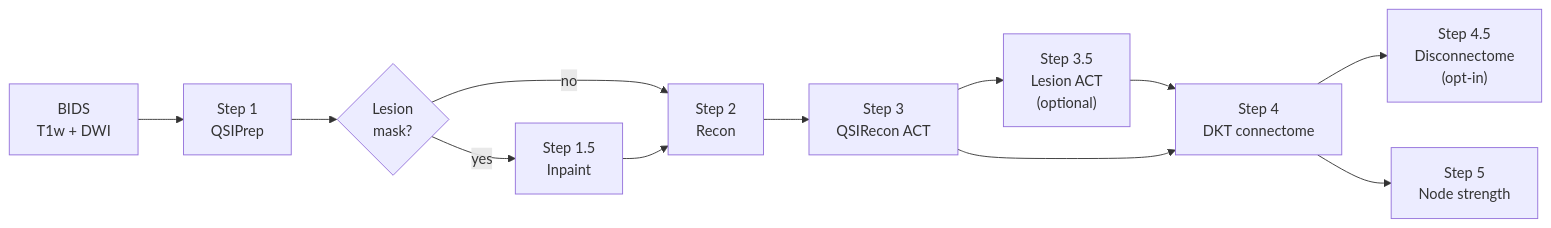
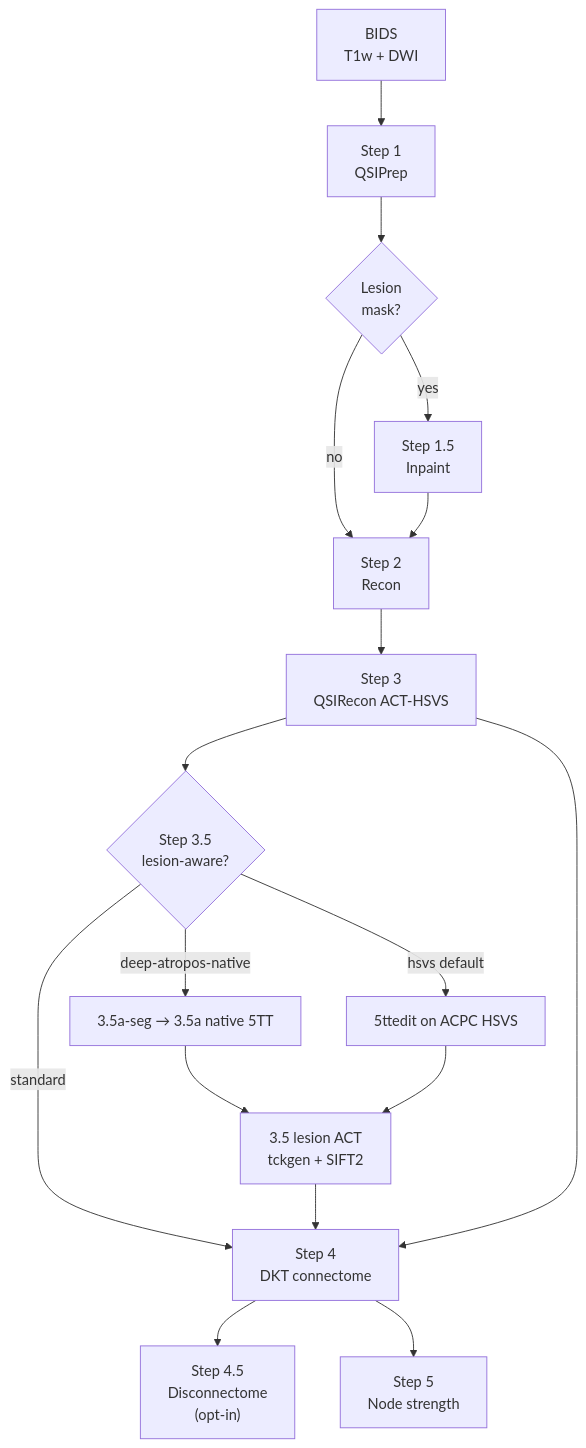
Before and after one commit to phindagijimana/dkt_connectome: the diagram in dwi_pipeline/README.md, drawn with Mermaid. The commit also changed other lines of this file and 49 other files, not shown here.

First line of the commit message:
Harden ACT reproducibility and expand public Deep Atropos docs.

````diff
--- a/dwi_pipeline/README.md
+++ b/dwi_pipeline/README.md
@@ -12,14 +12,19 @@
 ```mermaid
-flowchart LR
+flowchart TB
   BIDS["BIDS\nT1w + DWI"] --> S1["Step 1\nQSIPrep"]
   S1 --> S15{"Lesion\nmask?"}
   S15 -->|yes| INP["Step 1.5\nInpaint"]
   S15 -->|no| S2["Step 2\nRecon"]
   INP --> S2
-  S2 --> S3["Step 3\nQSIRecon ACT"]
-  S3 --> S35["Step 3.5\nLesion ACT\n(optional)"]
-  S35 --> S4["Step 4\nDKT connectome"]
+  S2 --> S3["Step 3\nQSIRecon ACT-HSVS"]
+  S3 --> S35{"Step 3.5\nlesion-aware?"}
+  S35 -->|hsvs default| S35H["5ttedit on ACPC HSVS"]
+  S35 -->|deep-atropos-native| S35S["3.5a-seg → 3.5a native 5TT"]
+  S35S --> S35E["3.5 lesion ACT\ntckgen + SIFT2"]
+  S35H --> S35E
+  S35 -->|standard| S4
+  S35E --> S4["Step 4\nDKT connectome"]
   S3 --> S4
   S4 --> S45["Step 4.5\nDisconnectome\n(opt-in)"]
   S4 --> S5["Step 5\nNode strength"]
 ```
````
